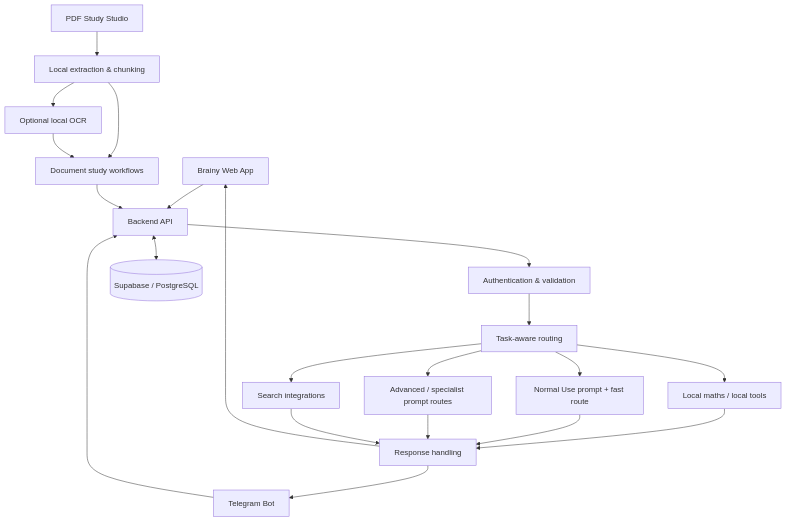
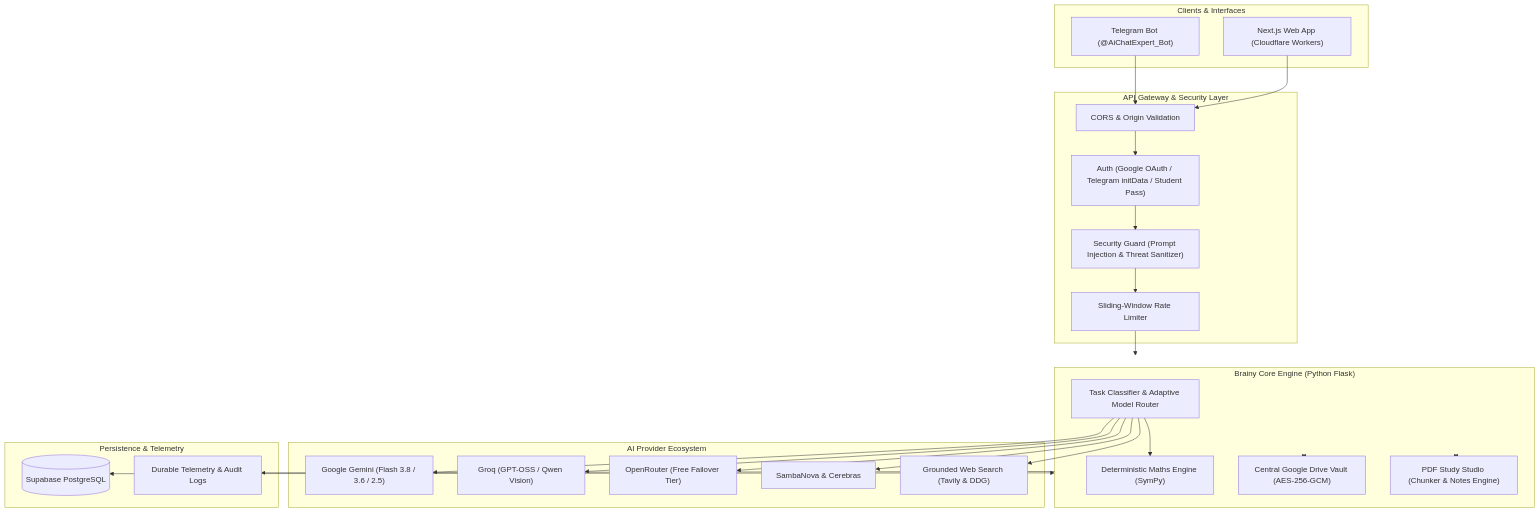
The diagram in README.md (shreyanshio/BrainyAi), drawn with Mermaid before and after one commit. The commit also changed other lines of this file, not shown here.

Commit message:
docs: modernize product README with enterprise architecture, multimodal capabilities, and quick start guide

````diff
--- a/README.md
+++ b/README.md
@@ -117,23 +79,50 @@
-~~~mermaid
+```mermaid
 flowchart TD
-    WEB["Brainy Web App"] --> API["Backend API"]
-    TG["Telegram Bot"] --> API
-    API --> AUTH["Authentication & validation"]
-    AUTH --> ROUTER["Task-aware routing"]
-    ROUTER --> LOCAL["Local maths / local tools"]
-    ROUTER --> NORMAL["Normal Use prompt + fast route"]
-    ROUTER --> ADVANCED["Advanced / specialist prompt routes"]
-    ROUTER --> SEARCH["Search integrations"]
-    LOCAL --> OUT["Response handling"]
-    NORMAL --> OUT
-    ADVANCED --> OUT
-    SEARCH --> OUT
-    API <--> DB[("Supabase / PostgreSQL")]
-    PDF["PDF Study Studio"] --> EXTRACT["Local extraction & chunking"]
-    EXTRACT --> OCR["Optional local OCR"]
-    EXTRACT --> DOC["Document study workflows"]
-    OCR --> DOC
-    DOC --> API
-    OUT --> WEB
-    OUT --> TG
-~~~
+    subgraph Clients["Clients & Interfaces"]
+        WEB["Next.js Web App (Cloudflare Workers)"]
+        TG["Telegram Bot (@AiChatExpert_Bot)"]
+    end
+
+    subgraph Gateway["API Gateway & Security Layer"]
+        CORS["CORS & Origin Validation"]
+        AUTH["Auth (Google OAuth / Telegram initData / Student Pass)"]
+        SEC["Security Guard (Prompt Injection & Threat Sanitizer)"]
+        RATE["Sliding-Window Rate Limiter"]
+    end
+
+    subgraph Core["Brainy Core Engine (Python Flask)"]
+        ROUTER["Task Classifier & Adaptive Model Router"]
+        MATH["Deterministic Maths Engine (SymPy)"]
+        DRIVE["Central Google Drive Vault (AES-256-GCM)"]
+        PDF["PDF Study Studio (Chunker & Notes Engine)"]
+    end
+
+    subgraph AI["AI Provider Ecosystem"]
+        GEMINI["Google Gemini (Flash 3.8 / 3.6 / 2.5)"]
+        GROQ["Groq (GPT-OSS / Qwen Vision)"]
+        OR["OpenRouter (Free Failover Tier)"]
+        FAST["SambaNova & Cerebras"]
+        SEARCH["Grounded Web Search (Tavily & DDG)"]
+    end
+
+    subgraph Data["Persistence & Telemetry"]
+        PG[("Supabase PostgreSQL")]
+        TELEMETRY["Durable Telemetry & Audit Logs"]
+    end
+
+    WEB --> CORS
+    TG --> CORS
+    CORS --> AUTH --> SEC --> RATE --> Core
+
+    ROUTER --> MATH
+    ROUTER --> GEMINI
+    ROUTER --> GROQ
+    ROUTER --> OR
+    ROUTER --> FAST
+    ROUTER --> SEARCH
+
+    Core <--> DRIVE
+    Core <--> PDF
+    Core <--> PG
+    Core --> TELEMETRY
+```
````
